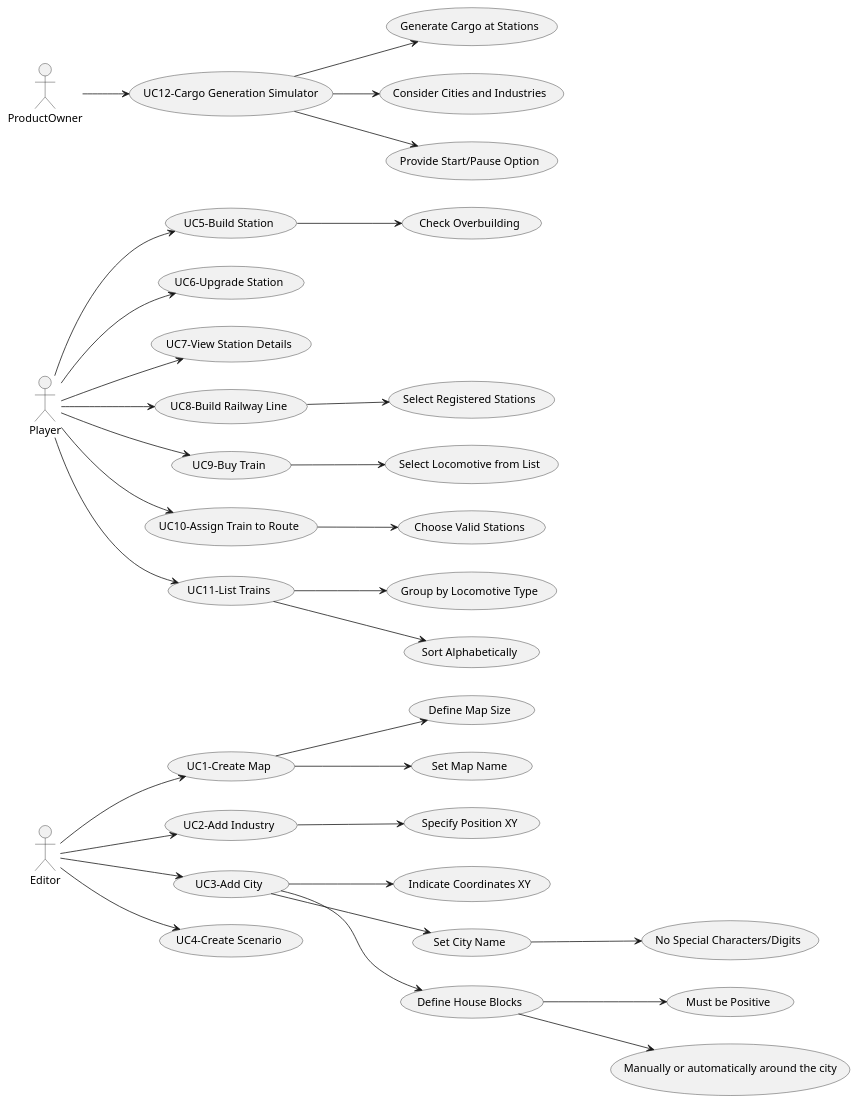
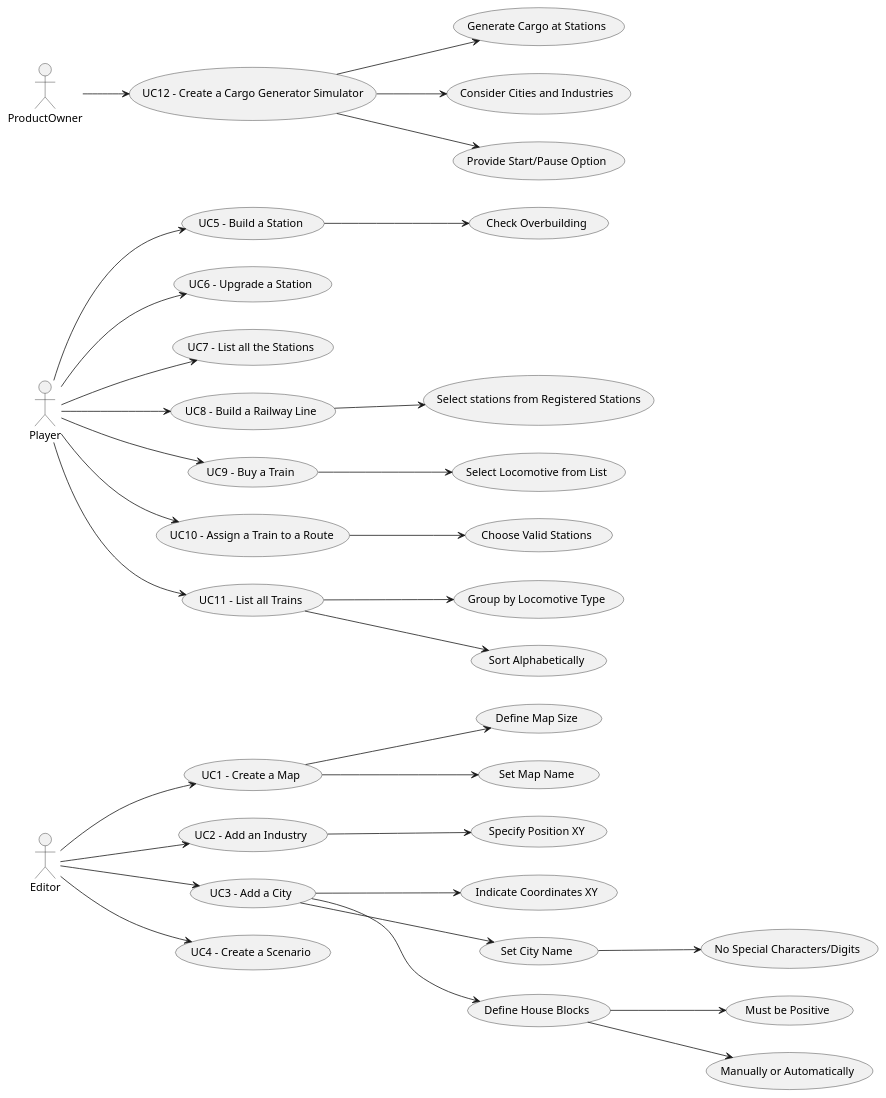
Before and after one commit to 1240826/empire-on-tracks: the diagram in docs/system-documentation/global-artifacts/01.requirements-engineering/puml/UCD.puml, drawn with PlantUML. The commit also changed 5 other files, not shown here.

```diff
--- a/docs/system-documentation/global-artifacts/01.requirements-engineering/puml/UCD.puml
+++ b/docs/system-documentation/global-artifacts/01.requirements-engineering/puml/UCD.puml
@@ -1,45 +1,44 @@
 @startuml
 left to right direction
 'https://plantuml.com/use-case-diagram
 
 actor Editor
 actor Player
 actor ProductOwner
 
-Editor --> (UC1-Create Map)
-Editor --> (UC2-Add Industry)
-Editor --> (UC3-Add City)
-Editor --> (UC4-Create Scenario)
+Editor --> (UC1 - Create a Map)
+Editor --> (UC2 - Add an Industry)
+Editor --> (UC3 - Add a City)
+Editor --> (UC4 - Create a Scenario)
 
-(UC1-Create Map) --> (Define Map Size)
-(UC1-Create Map) --> (Set Map Name)
-(UC2-Add Industry) --> (Specify Position XY)
-(UC3-Add City) --> (Indicate Coordinates XY)
-(UC3-Add City) --> (Set City Name)
-(UC3-Add City) --> (Define House Blocks)
+(UC1 - Create a Map) --> (Define Map Size)
+(UC1 - Create a Map) --> (Set Map Name)
+(UC2 - Add an Industry) --> (Specify Position XY)
+(UC3 - Add a City) --> (Indicate Coordinates XY)
+(UC3 - Add a City) --> (Set City Name)
+(UC3 - Add a City) --> (Define House Blocks)
 (Set City Name) --> (No Special Characters/Digits)
 (Define House Blocks) --> (Must be Positive)
-(Define House Blocks) --> (Manually or automatically around the city)
+(Define House Blocks) --> (Manually or Automatically)
 
-Player --> (UC5-Build Station)
-Player --> (UC6-Upgrade Station)
-Player --> (UC7-View Station Details)
-Player --> (UC8-Build Railway Line)
-Player --> (UC9-Buy Train)
-Player --> (UC10-Assign Train to Route)
-Player --> (UC11-List Trains)
+Player --> (UC5 - Build a Station)
+Player --> (UC6 - Upgrade a Station)
+Player --> (UC7 - List all the Stations)
+Player --> (UC8 - Build a Railway Line)
+Player --> (UC9 - Buy a Train)
+Player --> (UC10 - Assign a Train to a Route)
+Player --> (UC11 - List all Trains)
 
-(UC5-Build Station) --> (Check Overbuilding)
-(UC8-Build Railway Line) --> (Select Registered Stations)
-(UC9-Buy Train) --> (Select Locomotive from List)
-(UC10-Assign Train to Route) --> (Choose Valid Stations)
-(UC11-List Trains) --> (Group by Locomotive Type)
-(UC11-List Trains) --> (Sort Alphabetically)
+(UC5 - Build a Station) --> (Check Overbuilding)
+(UC8 - Build a Railway Line) --> (Select stations from Registered Stations)
+(UC9 - Buy a Train) --> (Select Locomotive from List)
+(UC10 - Assign a Train to a Route) --> (Choose Valid Stations)
+(UC11 - List all Trains) --> (Group by Locomotive Type)
+(UC11 - List all Trains) --> (Sort Alphabetically)
 
-ProductOwner --> (UC12-Cargo Generation Simulator)
-(UC12-Cargo Generation Simulator) --> (Generate Cargo at Stations)
-(UC12-Cargo Generation Simulator) --> (Consider Cities and Industries)
-(UC12-Cargo Generation Simulator) --> (Provide Start/Pause Option)
-
+ProductOwner --> (UC12 - Create a Cargo Generator Simulator)
+(UC12 - Create a Cargo Generator Simulator) --> (Generate Cargo at Stations)
+(UC12 - Create a Cargo Generator Simulator) --> (Consider Cities and Industries)
+(UC12 - Create a Cargo Generator Simulator) --> (Provide Start/Pause Option)
 
 @enduml
```
